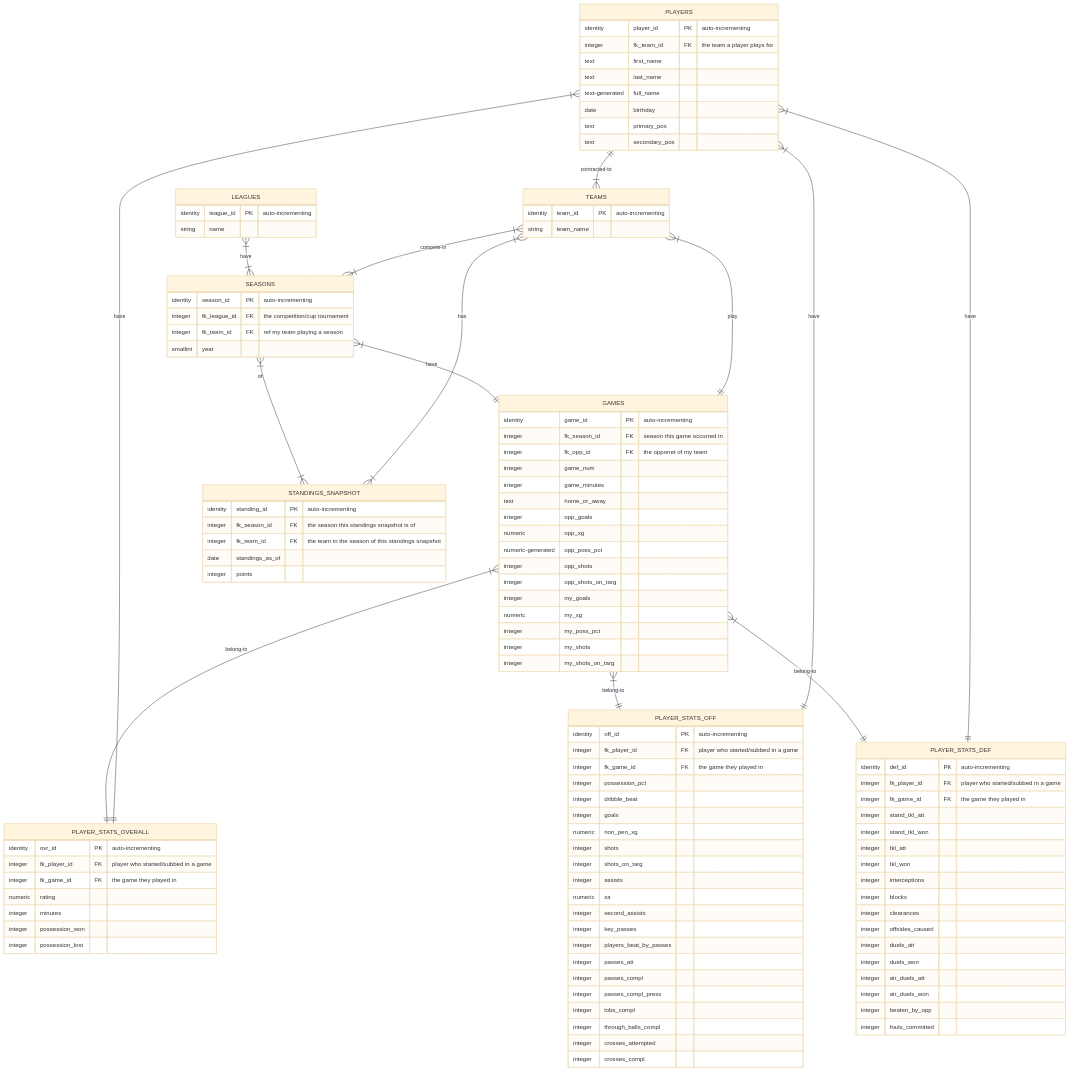
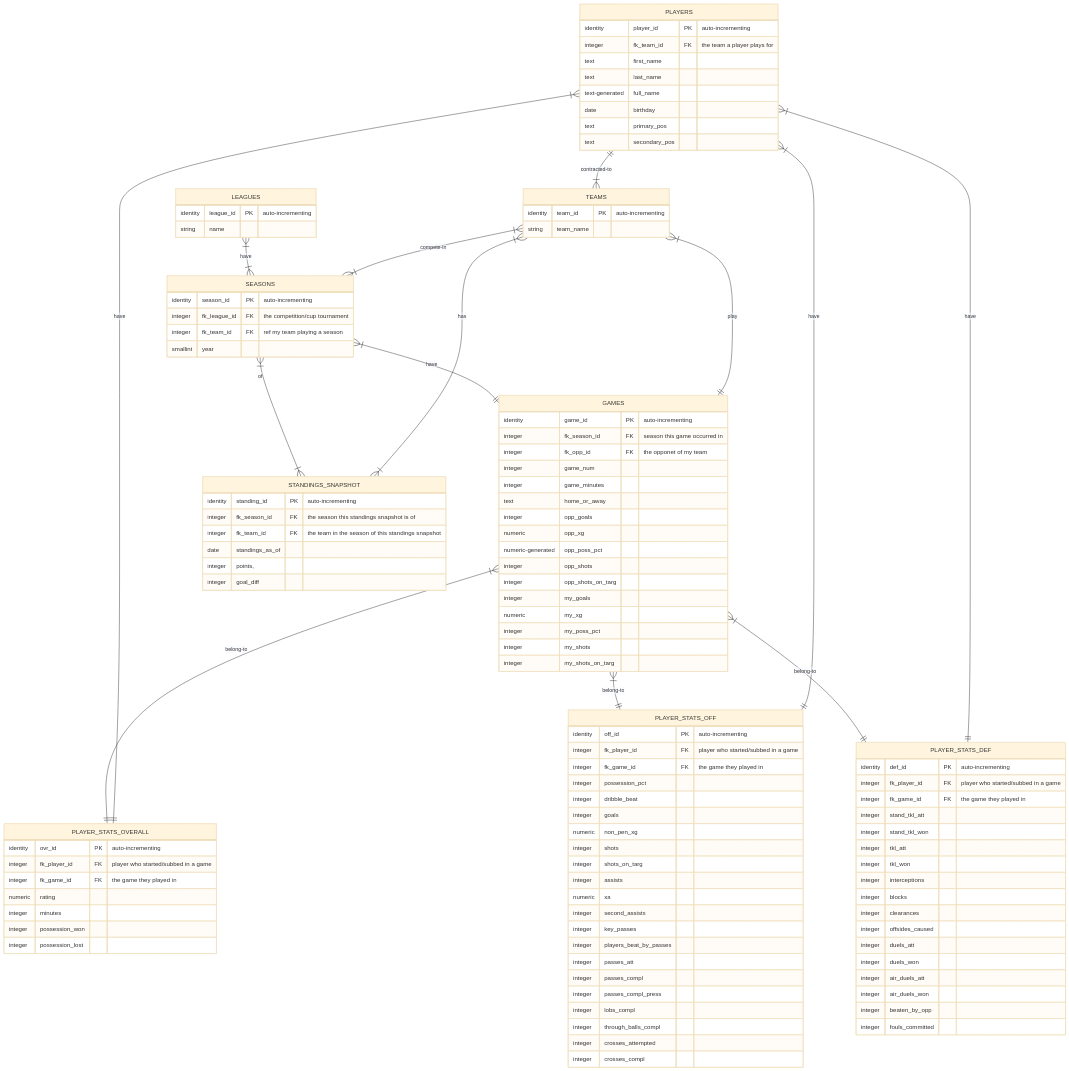
The diagram in README.md (BrandonHoeft/fifa-career-mode-db), drawn with Mermaid (base theme) before and after one commit. The commit also changed 1 other file, not shown here.

Commit message:
add: goal_diff field for tiebreaker #1 in points

```diff
--- a/README.md
+++ b/README.md
@@ -133,7 +133,8 @@
             integer fk_season_id FK  "the season this standings snapshot is of"
             integer fk_team_id FK "the team in the season of this standings snapshot"
             date standings_as_of
-            integer points
+            integer points,
+            integer goal_diff
         }
     
     TEAMS }|--|{ STANDINGS_SNAPSHOT: has
```
